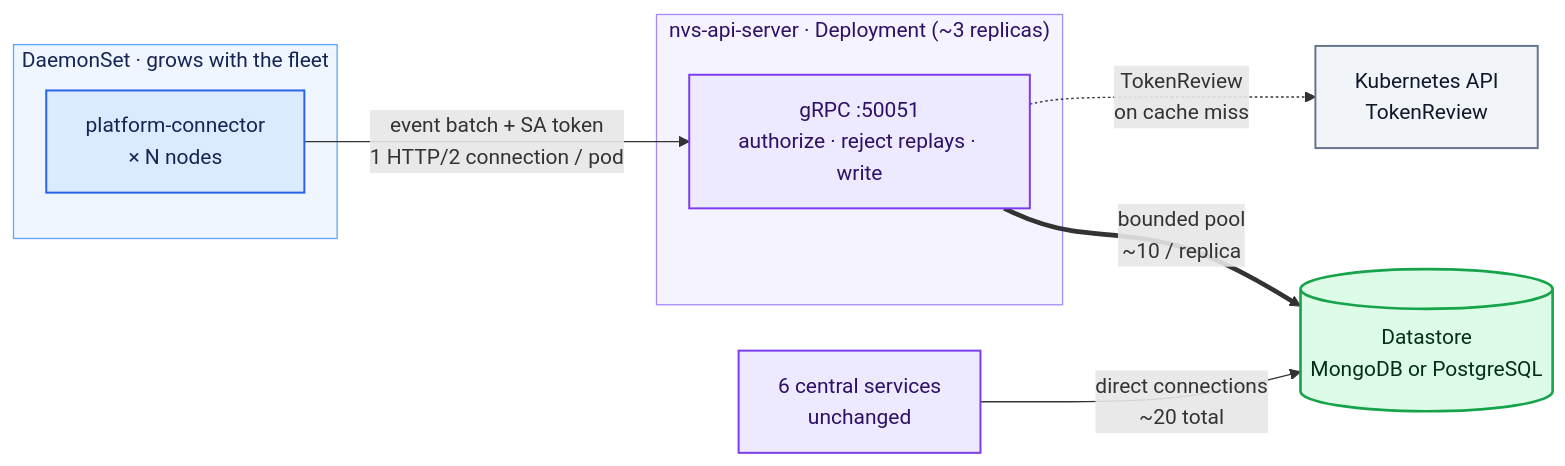
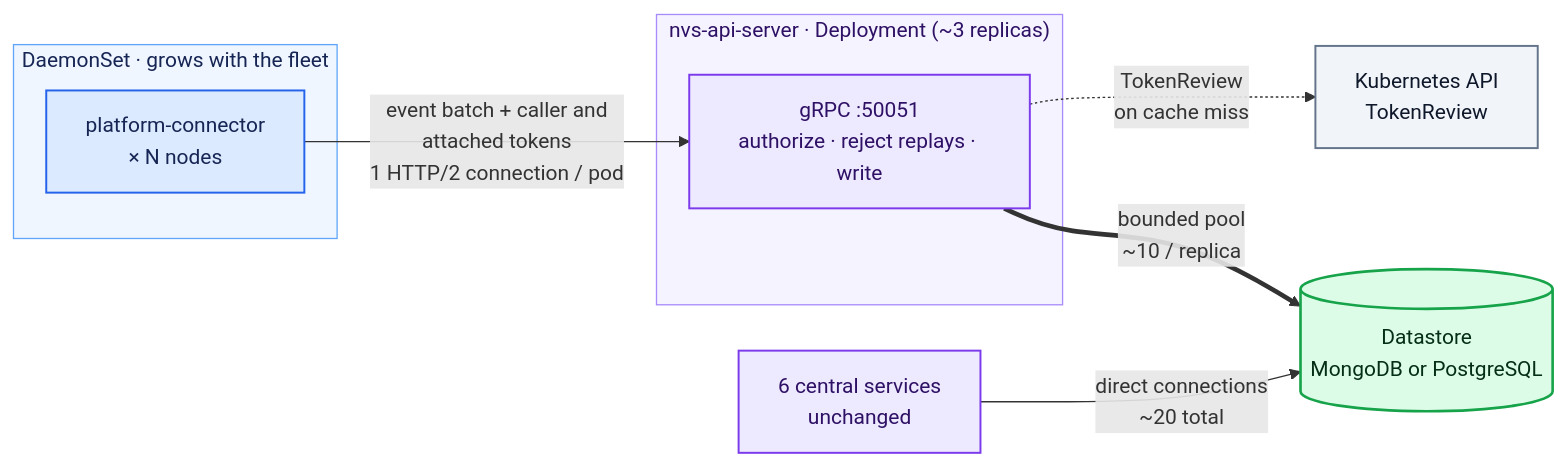
The second of 6 diagrams in docs/designs/050-datastore-api-server.md (KaivalyaMDabhadkar/NVSentinel), drawn with Mermaid before and after one commit. The commit also changed other lines of this file, not shown here.

````diff
--- a/docs/designs/050-datastore-api-server.md
+++ b/docs/designs/050-datastore-api-server.md
@@ -161,30 +97,30 @@
 ```mermaid
 flowchart LR
     subgraph fleet["DaemonSet · grows with the fleet"]
         PC["platform-connector<br/>× N nodes"]
     end
 
     subgraph server["nvs-api-server · Deployment (~3 replicas)"]
         API["gRPC :50051<br/>authorize · reject replays · write"]
     end
 
     K8S["Kubernetes API<br/>TokenReview"]
     CS["6 central services<br/>unchanged"]
     DB[("Datastore<br/>MongoDB or PostgreSQL")]
 
-    PC -- "event batch + SA token<br/>1 HTTP/2 connection / pod" --> API
+    PC -- "event batch + caller and<br/>attached tokens<br/>1 HTTP/2 connection / pod" --> API
     API == "bounded pool<br/>~10 / replica" ==> DB
     API -. "TokenReview<br/>on cache miss" .-> K8S
     CS -- "direct connections<br/>~20 total" --> DB
 
     classDef writer fill:#DBEAFE,stroke:#2563EB,color:#172554,stroke-width:1.5px
     classDef service fill:#EDE9FE,stroke:#7C3AED,color:#2E1065,stroke-width:1.5px
     classDef support fill:#F1F5F9,stroke:#64748B,color:#0F172A,stroke-width:1.5px
     classDef database fill:#DCFCE7,stroke:#16A34A,color:#052E16,stroke-width:2px
     class PC writer
     class API,CS service
     class K8S support
     class DB database
     style fleet fill:#EFF6FF,stroke:#60A5FA,color:#172554,stroke-width:1px
     style server fill:#F5F3FF,stroke:#A78BFA,color:#2E1065,stroke-width:1px
 ```
````
